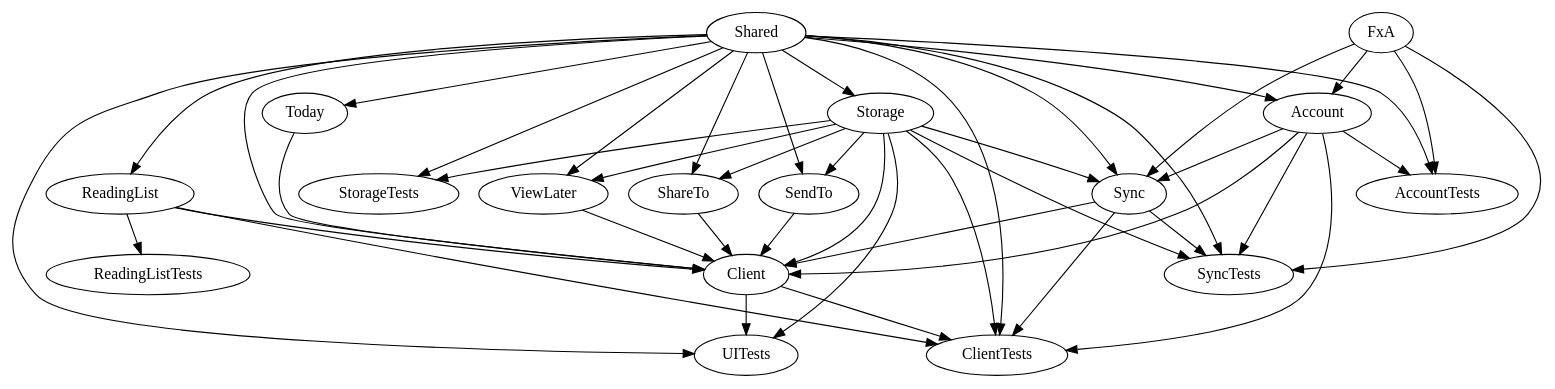
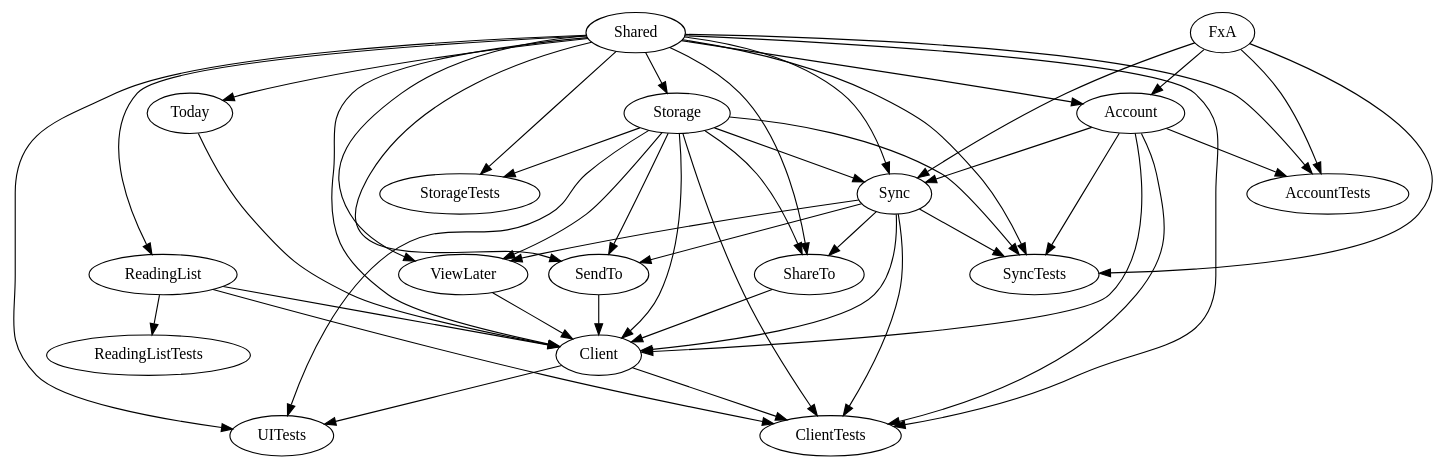
One commit to mozilla-mobile/firefox-ios changed the diagram in Docs/Dependency Graphs/dot-files/digraph-fxios.dot. Above: the diagram before and after it, drawn with Graphviz. The commit also changed 1 other file, not shown here.

Commit message:
Add sync to dependencies for extensions

```diff
--- a/Docs/Dependency Graphs/dot-files/digraph-fxios.dot
+++ b/Docs/Dependency Graphs/dot-files/digraph-fxios.dot
@@ -1,46 +1,49 @@
 digraph FxiOS {
   "Shared" -> "Storage"
   "Shared" -> "StorageTests"
   "Shared" -> "Client"
   "Shared" -> "ClientTests"
   "Shared" -> "ViewLater"
   "Shared" -> "ReadingList"
   "Shared" -> "SendTo"
   "Shared" -> "ShareTo"
   "Shared" -> "Account"
   "Shared" -> "AccountTests"
   "Shared" -> "Sync"
   "Shared" -> "SyncTests"
   "Shared" -> "UITests"
   "Shared" -> "Today"
   "FxA" -> "Account"
   "FxA" -> "AccountTests"
   "FxA" -> "Sync"
   "FxA" -> "SyncTests"
   "Storage" -> "StorageTests"
   "Storage" -> "Client"
   "Storage" -> "ClientTests"
   "Storage" -> "ViewLater"
   "Storage" -> "SendTo"
   "Storage" -> "UITests"
   "Storage" -> "SyncTests"
   "Storage" -> "Sync"
   "Storage" -> "ShareTo"
   "Sync" -> "SyncTests"
   "Sync" -> "Client"
   "Sync" -> "ClientTests"
+  "Sync" -> "ShareTo"
+  "Sync" -> "SendTo"
+  "Sync" -> "ViewLater"
   "ReadingList" -> "ReadingListTests"
   "ReadingList" -> "Client"
   "ReadingList" -> "ClientTests"
   "Account" -> "AccountTests"
   "Account" -> "Sync"
   "Account" -> "SyncTests"
   "Account" -> "Client"
   "Account" -> "ClientTests"
   "Client" -> "ClientTests"
   "Client" -> "UITests"
   "ViewLater" -> "Client"
   "Today" -> "Client"
   "ShareTo" -> "Client"
   "SendTo" -> "Client"
 }
```
